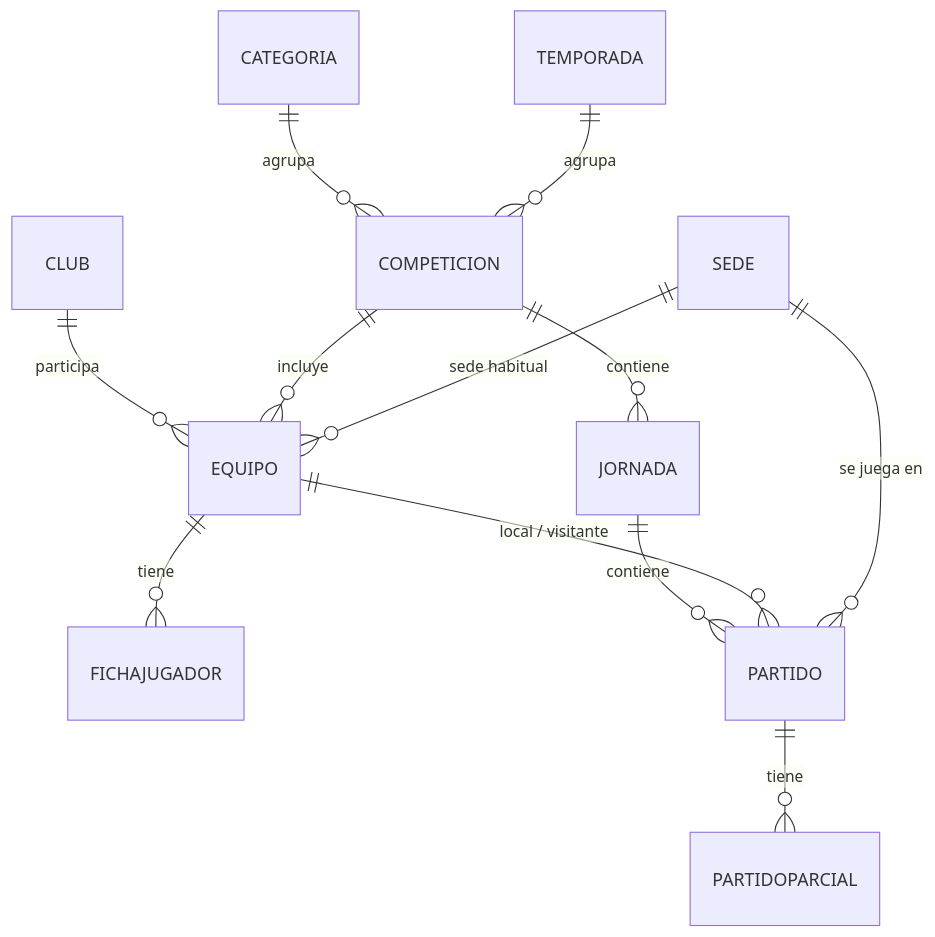
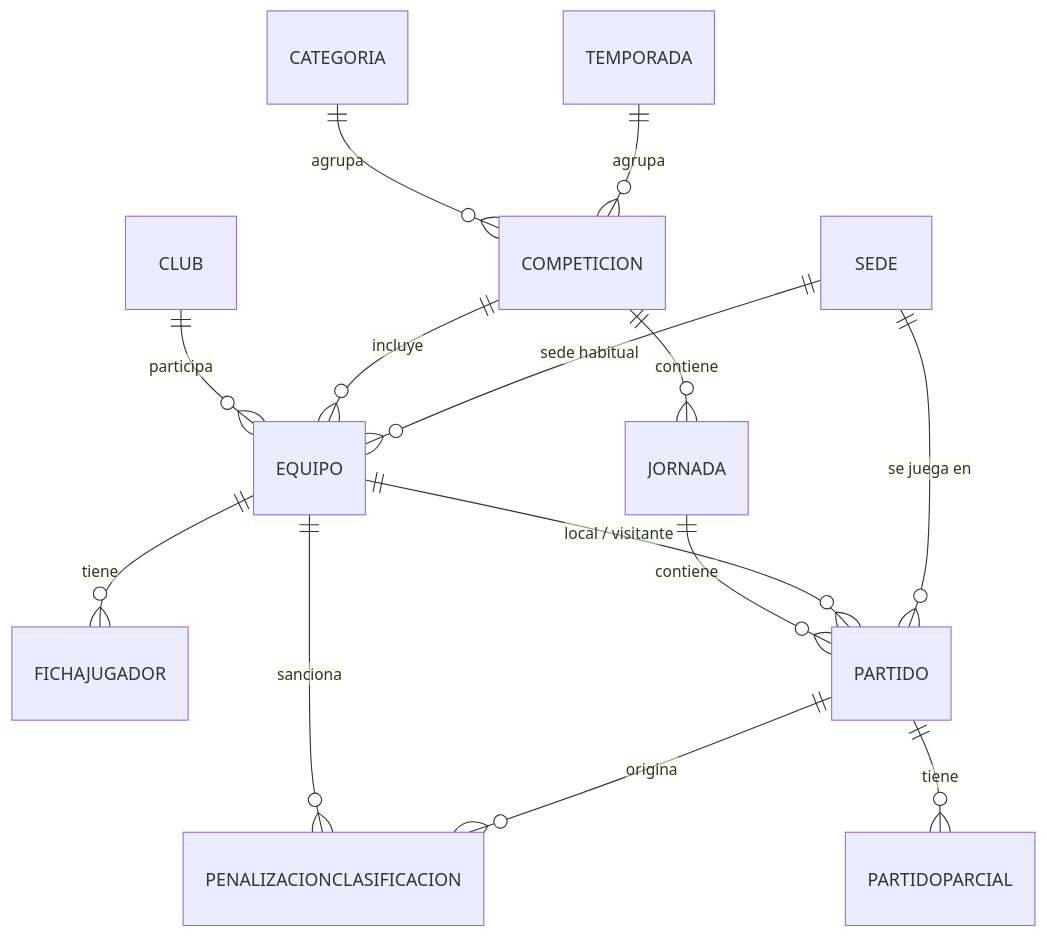
The diagram in docs/data-model.md (eduarroyo/basket), drawn with Mermaid before and after one commit. The commit also changed other lines of this file and 3 other files, not shown here.

````diff
--- a/docs/data-model.md
+++ b/docs/data-model.md
@@ -7,14 +7,16 @@
 ```mermaid
 erDiagram
     CATEGORIA ||--o{ COMPETICION : agrupa
     TEMPORADA ||--o{ COMPETICION : agrupa
     CLUB ||--o{ EQUIPO : participa
     COMPETICION ||--o{ EQUIPO : incluye
     SEDE ||--o{ EQUIPO : "sede habitual"
     EQUIPO ||--o{ FICHAJUGADOR : tiene
     COMPETICION ||--o{ JORNADA : contiene
     JORNADA ||--o{ PARTIDO : contiene
     EQUIPO ||--o{ PARTIDO : "local / visitante"
     SEDE ||--o{ PARTIDO : "se juega en"
     PARTIDO ||--o{ PARTIDOPARCIAL : tiene
+    EQUIPO ||--o{ PENALIZACIONCLASIFICACION : sanciona
+    PARTIDO ||--o{ PENALIZACIONCLASIFICACION : origina
 ```
````
